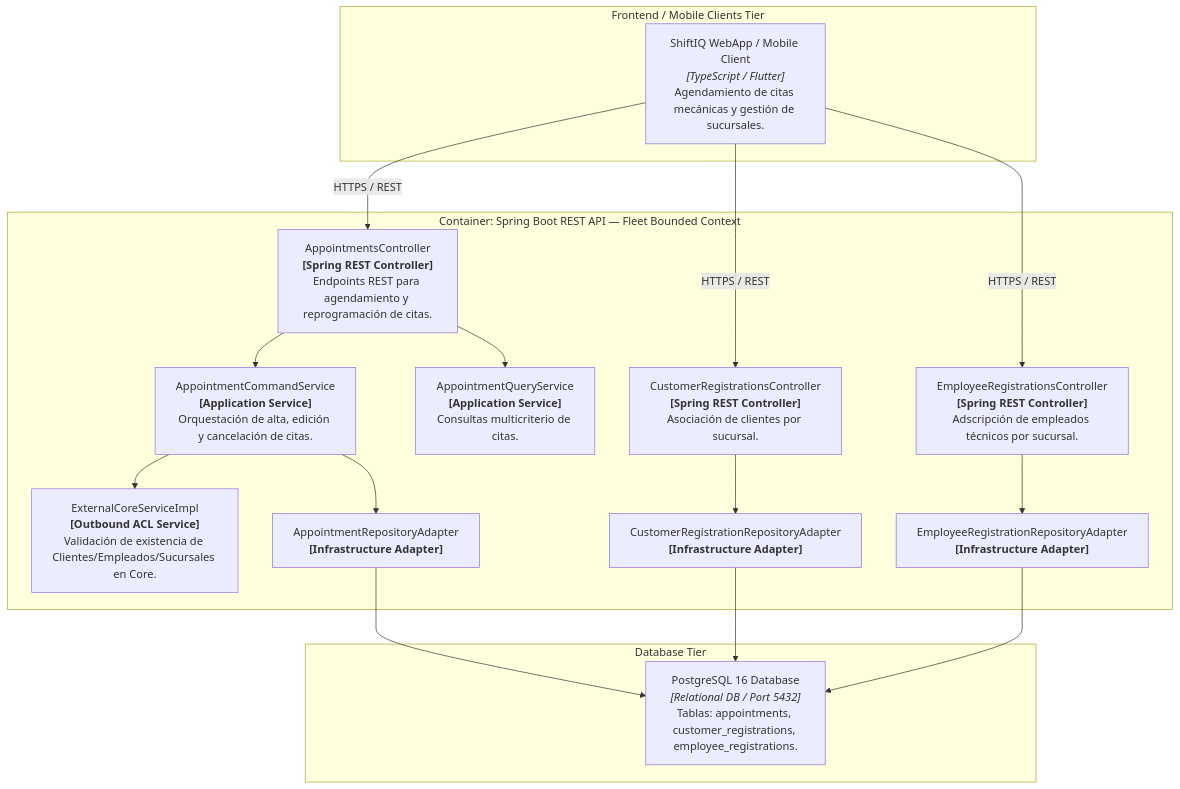
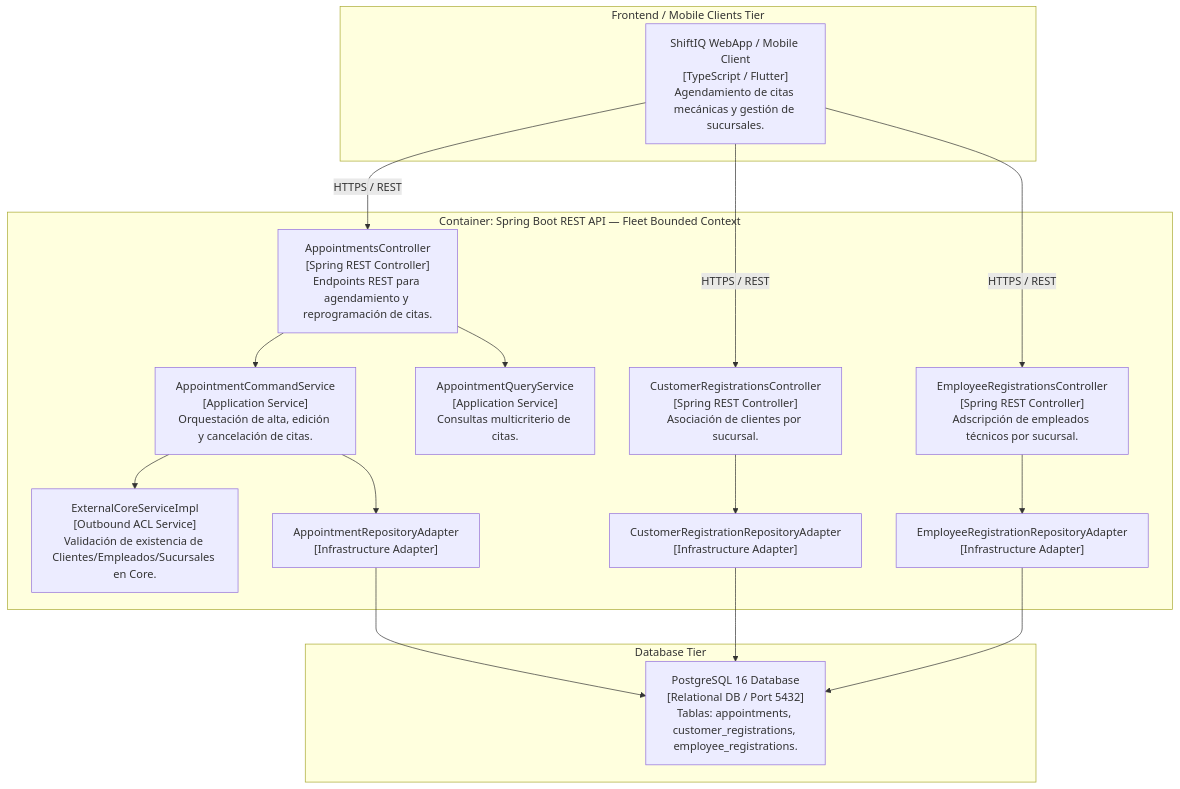
One commit to tux-logic/upc-pre-202620-1acc0238-13981-TuxLogic-report changed the fifth of 7 diagrams in docs/fleet-bounded-context-dictionary.md. Above: the diagram before and after it, drawn with Mermaid. The commit also changed 57 other files, not shown here.

Commit message:
fix(diagrams): fix HTML labels, format bold C4 titles and add gitignore.

````diff
--- a/docs/fleet-bounded-context-dictionary.md
+++ b/docs/fleet-bounded-context-dictionary.md
@@ -417,41 +417,41 @@
 ```mermaid
 graph TB
     subgraph Client_Tier ["Frontend / Mobile Clients Tier"]
-        ClientApp["ShiftIQ WebApp / Mobile Client<br><i>[TypeScript / Flutter]</i><br>Agendamiento de citas mecánicas y gestión de sucursales."]
+        ClientApp["ShiftIQ WebApp / Mobile Client<br>[TypeScript / Flutter]<br>Agendamiento de citas mecánicas y gestión de sucursales."]
     end
 
     subgraph External_DB ["Database Tier"]
-        PostgreSql["PostgreSQL 16 Database<br><i>[Relational DB / Port 5432]</i><br>Tablas: appointments, customer_registrations, employee_registrations."]
+        PostgreSql["PostgreSQL 16 Database<br>[Relational DB / Port 5432]<br>Tablas: appointments, customer_registrations, employee_registrations."]
     end
 
     subgraph Fleet_Container ["Container: Spring Boot REST API — Fleet Bounded Context"]
-        ApptCtrl["AppointmentsController<br><b>[Spring REST Controller]</b><br>Endpoints REST para agendamiento y reprogramación de citas."]
-        CustRegCtrl["CustomerRegistrationsController<br><b>[Spring REST Controller]</b><br>Asociación de clientes por sucursal."]
-        EmpRegCtrl["EmployeeRegistrationsController<br><b>[Spring REST Controller]</b><br>Adscripción de empleados técnicos por sucursal."]
+        ApptCtrl["AppointmentsController<br>[Spring REST Controller]<br>Endpoints REST para agendamiento y reprogramación de citas."]
+        CustRegCtrl["CustomerRegistrationsController<br>[Spring REST Controller]<br>Asociación de clientes por sucursal."]
+        EmpRegCtrl["EmployeeRegistrationsController<br>[Spring REST Controller]<br>Adscripción de empleados técnicos por sucursal."]
 
-        ApptCmdService["AppointmentCommandService<br><b>[Application Service]</b><br>Orquestación de alta, edición y cancelación de citas."]
-        ApptQueryService["AppointmentQueryService<br><b>[Application Service]</b><br>Consultas multicriterio de citas."]
+        ApptCmdService["AppointmentCommandService<br>[Application Service]<br>Orquestación de alta, edición y cancelación de citas."]
+        ApptQueryService["AppointmentQueryService<br>[Application Service]<br>Consultas multicriterio de citas."]
 
-        CoreACL["ExternalCoreServiceImpl<br><b>[Outbound ACL Service]</b><br>Validación de existencia de Clientes/Empleados/Sucursales en Core."]
+        CoreACL["ExternalCoreServiceImpl<br>[Outbound ACL Service]<br>Validación de existencia de Clientes/Empleados/Sucursales en Core."]
 
-        ApptRepoAdapter["AppointmentRepositoryAdapter<br><b>[Infrastructure Adapter]</b>"]
-        CustRegRepoAdapter["CustomerRegistrationRepositoryAdapter<br><b>[Infrastructure Adapter]</b>"]
-        EmpRegRepoAdapter["EmployeeRegistrationRepositoryAdapter<br><b>[Infrastructure Adapter]</b>"]
+        ApptRepoAdapter["AppointmentRepositoryAdapter<br>[Infrastructure Adapter]"]
+        CustRegRepoAdapter["CustomerRegistrationRepositoryAdapter<br>[Infrastructure Adapter]"]
+        EmpRegRepoAdapter["EmployeeRegistrationRepositoryAdapter<br>[Infrastructure Adapter]"]
     end
 
     ClientApp -->|"HTTPS / REST"| ApptCtrl
     ClientApp -->|"HTTPS / REST"| CustRegCtrl
     ClientApp -->|"HTTPS / REST"| EmpRegCtrl
 
     ApptCtrl --> ApptCmdService
     ApptCtrl --> ApptQueryService
 
     ApptCmdService --> CoreACL
     ApptCmdService --> ApptRepoAdapter
     CustRegCtrl --> CustRegRepoAdapter
     EmpRegCtrl --> EmpRegRepoAdapter
 
     ApptRepoAdapter --> PostgreSql
     CustRegRepoAdapter --> PostgreSql
     EmpRegRepoAdapter --> PostgreSql
 ```
````
